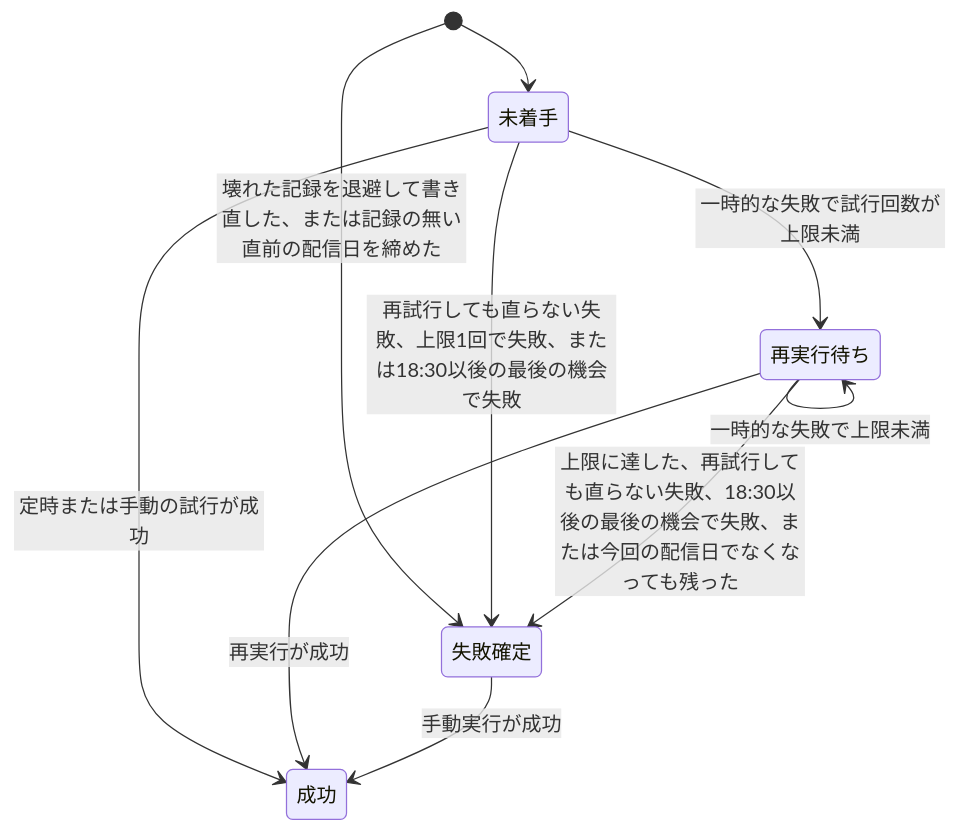
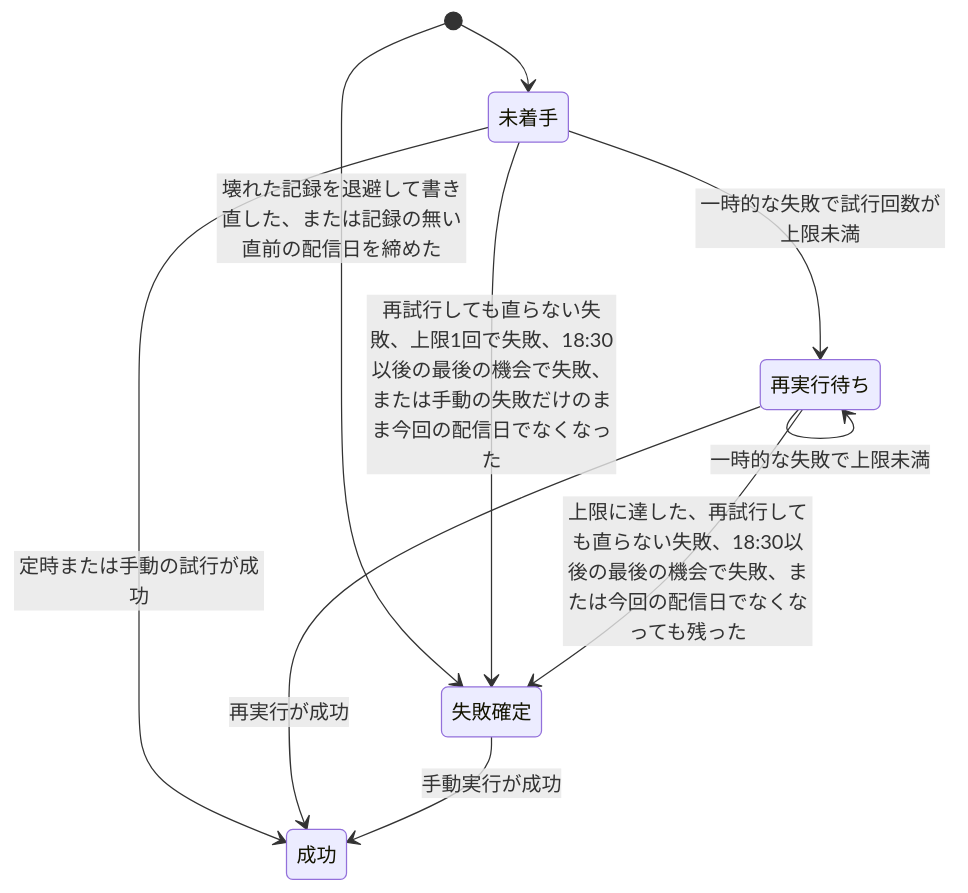
One commit to dnode-ryosuke-yamazaki/study changed the sixth of 6 diagrams in apps/digest-platform/specs/batch-runner/design.md. Above: the diagram before and after it, drawn with Mermaid. The commit also changed other lines of this file and 5 other files, not shown here.

````diff
--- a/apps/digest-platform/specs/batch-runner/design.md
+++ b/apps/digest-platform/specs/batch-runner/design.md
@@ -306,16 +306,16 @@
 ```mermaid
 stateDiagram-v2
     state "未着手" as pending
     state "再実行待ち" as retry
     state "成功" as succeeded
     state "失敗確定" as failed
     [*] --> pending
     [*] --> failed: 壊れた記録を退避して書き直した、または記録の無い直前の配信日を締めた
     pending --> succeeded: 定時または手動の試行が成功
     pending --> retry: 一時的な失敗で試行回数が上限未満
-    pending --> failed: 再試行しても直らない失敗、上限1回で失敗、または18:30以後の最後の機会で失敗
+    pending --> failed: 再試行しても直らない失敗、上限1回で失敗、18:30以後の最後の機会で失敗、または手動の失敗だけのまま今回の配信日でなくなった
     retry --> succeeded: 再実行が成功
     retry --> retry: 一時的な失敗で上限未満
     retry --> failed: 上限に達した、再試行しても直らない失敗、18:30以後の最後の機会で失敗、または今回の配信日でなくなっても残った
     failed --> succeeded: 手動実行が成功
 ```
````
